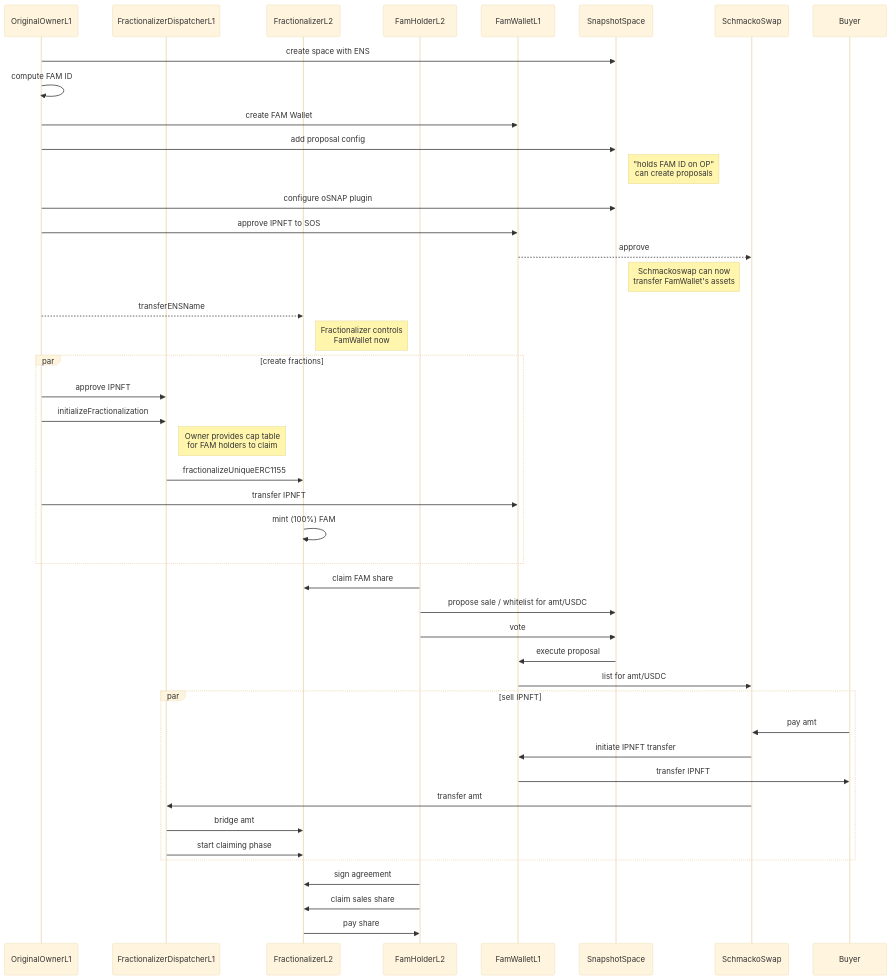
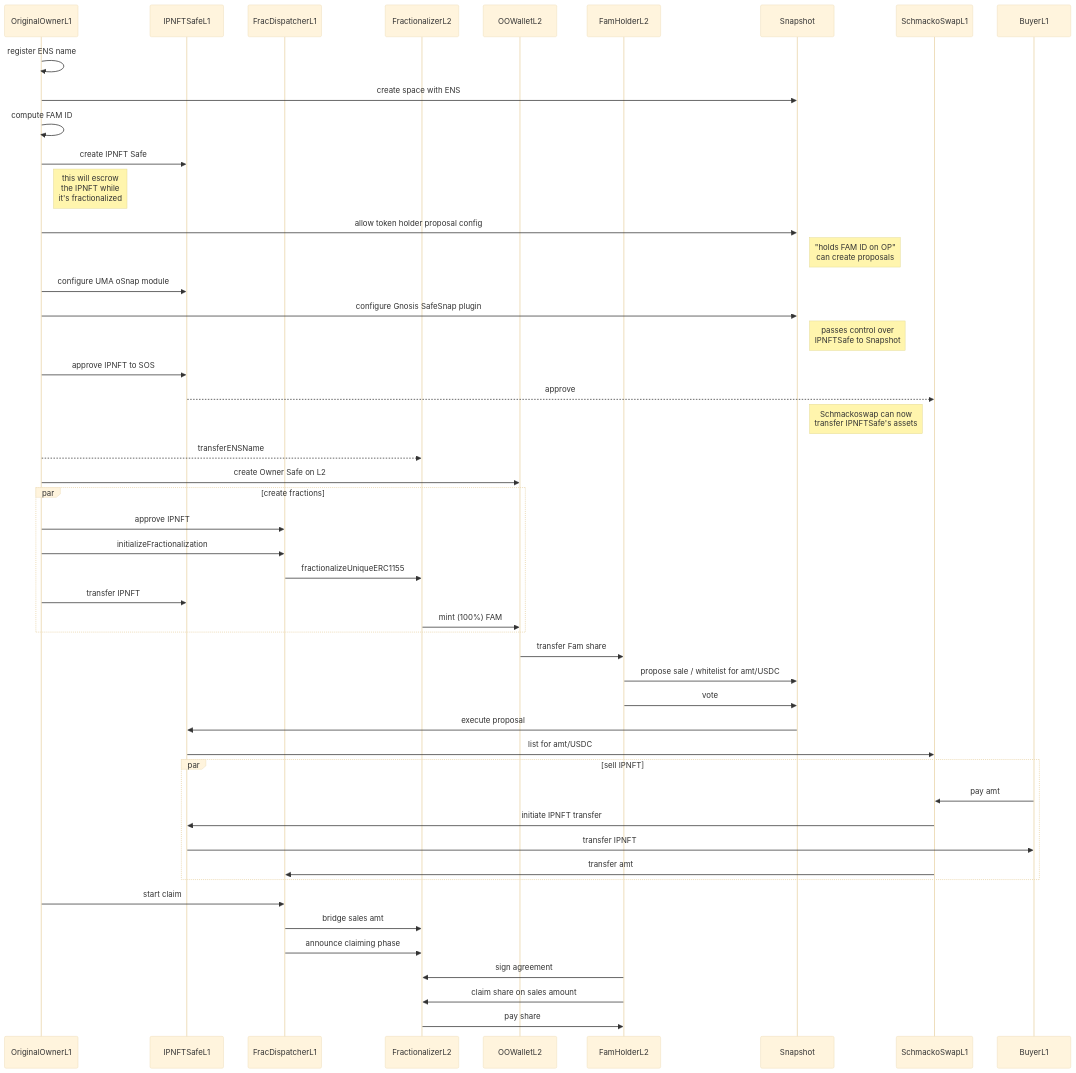
One commit to moleculeprotocol/IPNFT changed the diagram in SEQUENCE.md. Above: the diagram before and after it, drawn with Mermaid (base theme). The commit also changed 1 other file, not shown here.

Commit message:
MVP sequence diagram updates naming

````diff
--- a/SEQUENCE.md
+++ b/SEQUENCE.md
@@ -1,58 +1,70 @@
 ```mermaid
 sequenceDiagram
     participant OO as OriginalOwnerL1
-    participant FracL1 as FractionalizerDispatcherL1
+    participant IPNFTSafe as IPNFTSafeL1
+    participant FracL1 as FracDispatcherL1
+    participant FX as FractionalizerL2
     %%participant XDM as XDomainMessenger
-    participant FX as FractionalizerL2
+
+    participant OOL2 as OOWalletL2
+
     participant FamHolder as FamHolderL2
-    participant FamWallet as FamWalletL1
-    participant Snap as SnapshotSpace
-    participant SOS as SchmackoSwap
-    participant Buyer as Buyer
+    participant Snap as Snapshot
+    participant SOS as SchmackoSwapL1
+    participant Buyer as BuyerL1
 
+    OO->>OO: register ENS name
     OO->>Snap: create space with ENS
     OO->>OO: compute FAM ID
-    OO->>FamWallet: create FAM Wallet
-    OO->>Snap: add proposal config
+
+    OO->>IPNFTSafe: create IPNFT Safe
+    Note right of OO: this will escrow<br> the IPNFT while <br> it's fractionalized
+    OO->>Snap: allow token holder proposal config
     Note right of Snap: "holds FAM ID on OP" <br> can create proposals
-    OO->>Snap: configure oSNAP plugin
-    OO->>FamWallet: approve IPNFT to SOS
-    FamWallet-->>SOS: approve
-    Note left of SOS: Schmackoswap can now <br> transfer FamWallet's assets
+
+    OO->>IPNFTSafe: configure UMA oSnap module
+    OO->>Snap: configure Gnosis SafeSnap plugin
+    Note right of Snap: passes control over <br> IPNFTSafe to Snapshot
+
+    OO->>IPNFTSafe: approve IPNFT to SOS
+    IPNFTSafe-->>SOS: approve
+    Note left of SOS: Schmackoswap can now <br> transfer IPNFTSafe's assets
 
     OO-->>FX: transferENSName
-    Note right of FX: Fractionalizer controls <br> FamWallet now
+
+    OO->>OOL2: create Owner Safe on L2
 
     par create fractions
         OO->>FracL1: approve IPNFT
         OO->>FracL1: initializeFractionalization
-        Note right of FracL1: Owner provides cap table <br> for FAM holders to claim
         FracL1->>FX: fractionalizeUniqueERC1155
-        OO->>FamWallet: transfer IPNFT
-        FX->>FX: mint (100%) FAM
+        OO->>IPNFTSafe: transfer IPNFT
+        FX->>OOL2: mint (100%) FAM
     end
 
-    FamHolder->>FX: claim FAM share
+    OOL2->>FamHolder: transfer Fam share
 
     %% FamHolder->>FX: sign agreement
     FamHolder->>Snap: propose sale / whitelist for amt/USDC
     FamHolder->>Snap: vote
 
-    Snap->>FamWallet: execute proposal
-    FamWallet->>SOS: list for amt/USDC
+    Snap->>IPNFTSafe: execute proposal
+    IPNFTSafe->>SOS: list for amt/USDC
 
     par sell IPNFT
         Buyer->>SOS: pay amt
-        SOS->>FamWallet: initiate IPNFT transfer
-        FamWallet->>Buyer: transfer IPNFT
+        SOS->>IPNFTSafe: initiate IPNFT transfer
+        IPNFTSafe->>Buyer: transfer IPNFT
         SOS->>FracL1: transfer amt
-        FracL1->>FX: bridge amt
-        FracL1->>FX: start claiming phase
     end
 
+    OO->>FracL1: start claim
+    FracL1->>FX: bridge sales amt
+    FracL1->>FX: announce claiming phase
+
     FamHolder->>FX: sign agreement
-    FamHolder->>FX: claim sales share
+    FamHolder->>FX: claim share on sales amount
     FX->>FamHolder: pay share
 
 
 ```
````
